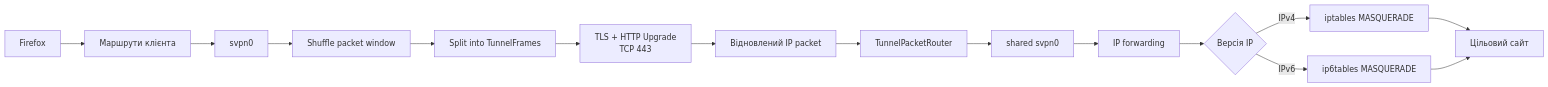
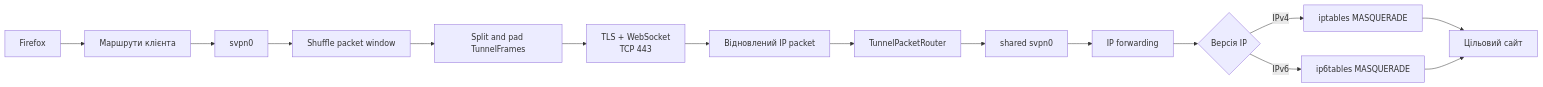
Before and after one commit to podkolzzzin/VPNSample: the fifth of 7 diagrams in ARCHITECTURE.md, drawn with Mermaid. The commit also changed other lines of this file and 27 other files, not shown here.

Commit message:
Add authenticated WebSocket cover transport

````diff
--- a/ARCHITECTURE.md
+++ b/ARCHITECTURE.md
@@ -182,17 +193,17 @@
 ```mermaid
 flowchart LR
     Browser[Firefox] --> CRoute[Маршрути клієнта]
     CRoute --> ClientTun[svpn0]
     ClientTun --> Shuffle[Shuffle packet window]
-    Shuffle --> Frame[Split into TunnelFrames]
-    Frame --> HTTPS[TLS + HTTP Upgrade<br/>TCP 443]
+    Shuffle --> Frame[Split and pad TunnelFrames]
+    Frame --> HTTPS[TLS + WebSocket<br/>TCP 443]
     HTTPS --> Unframe[Відновлений IP packet]
     Unframe --> Router[TunnelPacketRouter]
     Router --> ServerTun[shared svpn0]
     ServerTun --> Forward[IP forwarding]
     Forward --> Choice{Версія IP}
     Choice -->|IPv4| NAT44[iptables MASQUERADE]
     Choice -->|IPv6| NAT66[ip6tables MASQUERADE]
     NAT44 --> Web[Цільовий сайт]
     NAT66 --> Web
 ```
````
